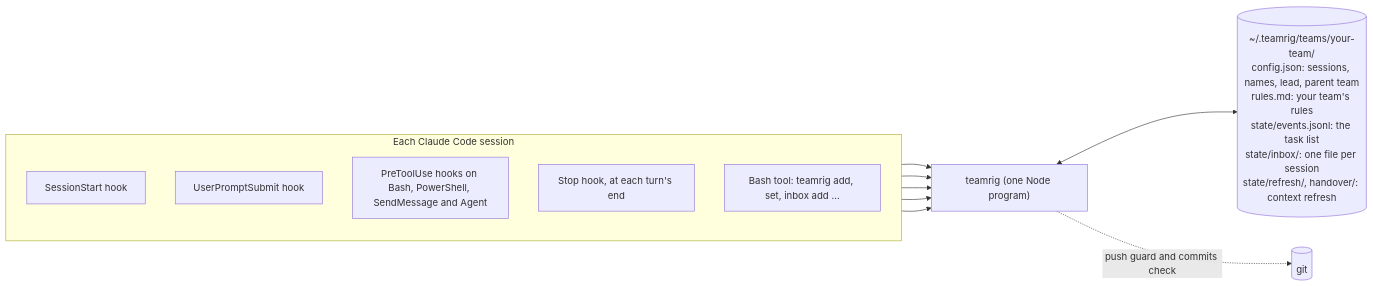
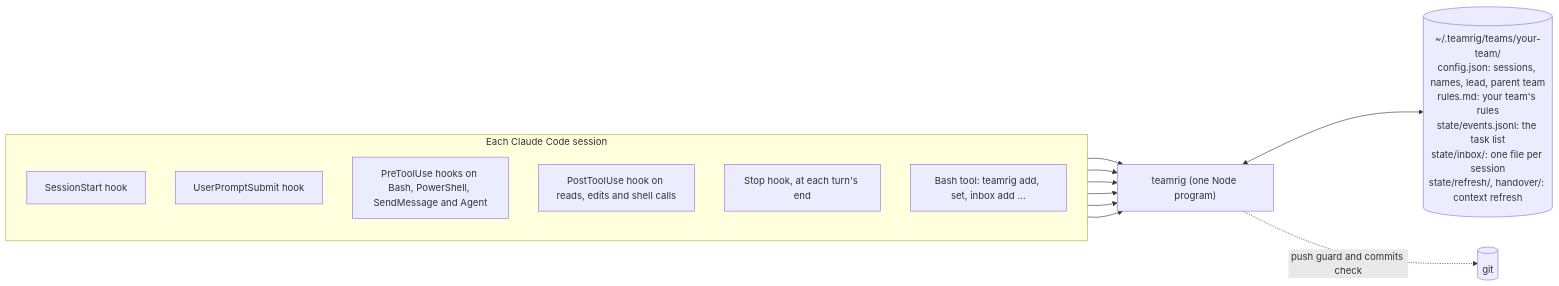
Before and after one commit to GeneralA6/teamrig: the first of 9 diagrams in docs/how-it-works.md, drawn with Mermaid. The commit also changed other lines of this file and 5 other files, not shown here.

````diff
--- a/docs/how-it-works.md
+++ b/docs/how-it-works.md
@@ -22,21 +22,23 @@
 ```mermaid
 flowchart LR
   subgraph session["Each Claude Code session"]
     direction TB
     start["SessionStart hook"]
     prompt["UserPromptSubmit hook"]
     guard["PreToolUse hooks on Bash, PowerShell, SendMessage and Agent"]
+    after["PostToolUse hook on reads, edits and shell calls"]
     stop["Stop hook, at each turn's end"]
     tool["Bash tool: teamrig add, set, inbox add ..."]
   end
   cli["teamrig (one Node program)"]
   folder[("~/.teamrig/teams/your-team/<br>config.json: sessions, names, lead, parent team<br>rules.md: your team's rules<br>state/events.jsonl: the task list<br>state/inbox/: one file per session<br>state/refresh/, handover/: context refresh")]
   git[("git")]
   start --> cli
   prompt --> cli
   guard --> cli
+  after --> cli
   stop --> cli
   tool --> cli
   cli <--> folder
   cli -. "push guard and commits check" .-> git
 ```
````
